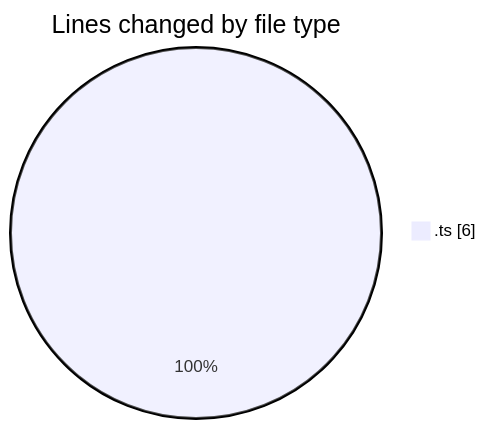
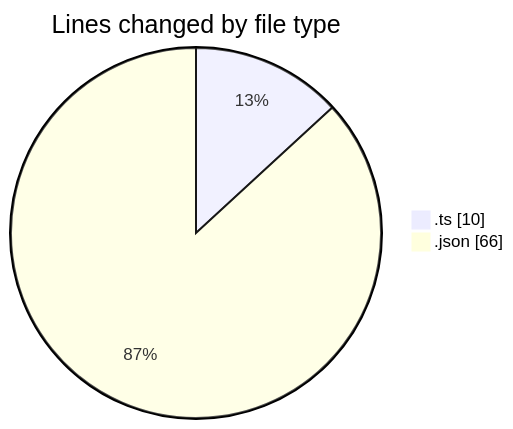
One commit to tmsrecording-cyber/code-tracking changed the first of 2 diagrams in 2026-02-05/singularitybrainai/README.md. Above: the diagram before and after it, drawn with Mermaid. The commit also changed other lines of this file and 1 other file, not shown here.

````diff
--- a/2026-02-05/singularitybrainai/README.md
+++ b/2026-02-05/singularitybrainai/README.md
@@ -20,5 +21,6 @@
 ```mermaid
 pie showData
 title Lines changed by file type
-".ts" : 6
+".ts" : 10
+".json" : 66
 ```
````
